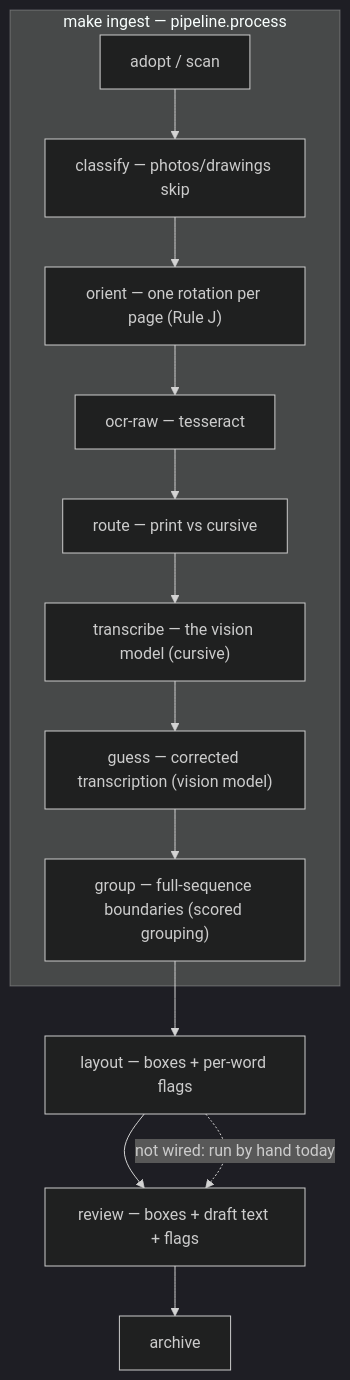
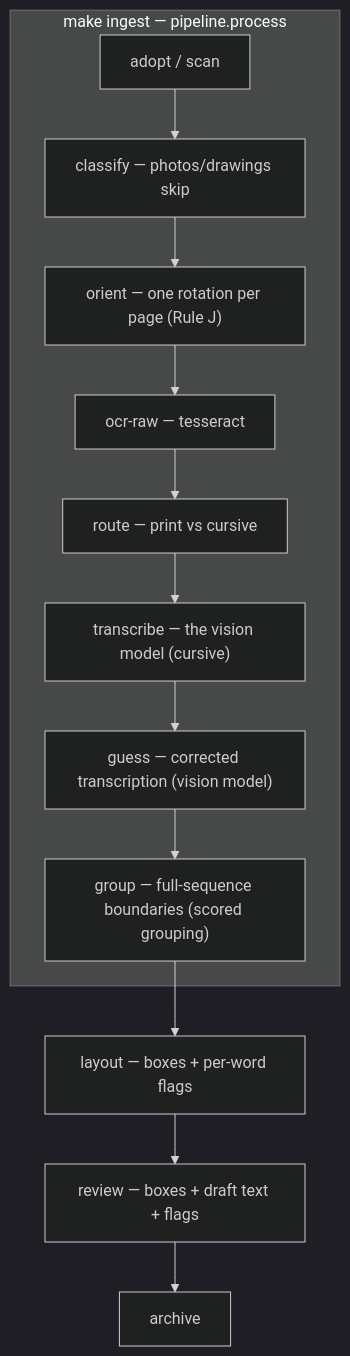
The diagram in docs/TECH-SPEC.md (ashbywinch/the-loft), drawn with Mermaid (dark theme) before and after one commit. The commit also changed other lines of this file and 2 other files, not shown here.

````diff
--- a/docs/TECH-SPEC.md
+++ b/docs/TECH-SPEC.md
@@ -635,16 +635,15 @@
 ```mermaid
 flowchart TB
     subgraph ingest["make ingest — pipeline.process"]
         A["adopt / scan"] --> B["classify — photos/drawings skip"]
         B --> C["orient — one rotation per page (Rule J)"]
         C --> D["ocr-raw — tesseract"]
         D --> E["route — print vs cursive"]
         E --> F["transcribe — the vision model (cursive)"]
         F --> G["guess — corrected transcription (vision model)"]
         G --> H["group — full-sequence boundaries (scored grouping)"]
     end
     H --> L["layout — boxes + per-word flags"]
     L --> R["review — boxes + draft text + flags"]
     R --> P["archive"]
-    L -. "not wired: run by hand today" .-> R
 ```
````
